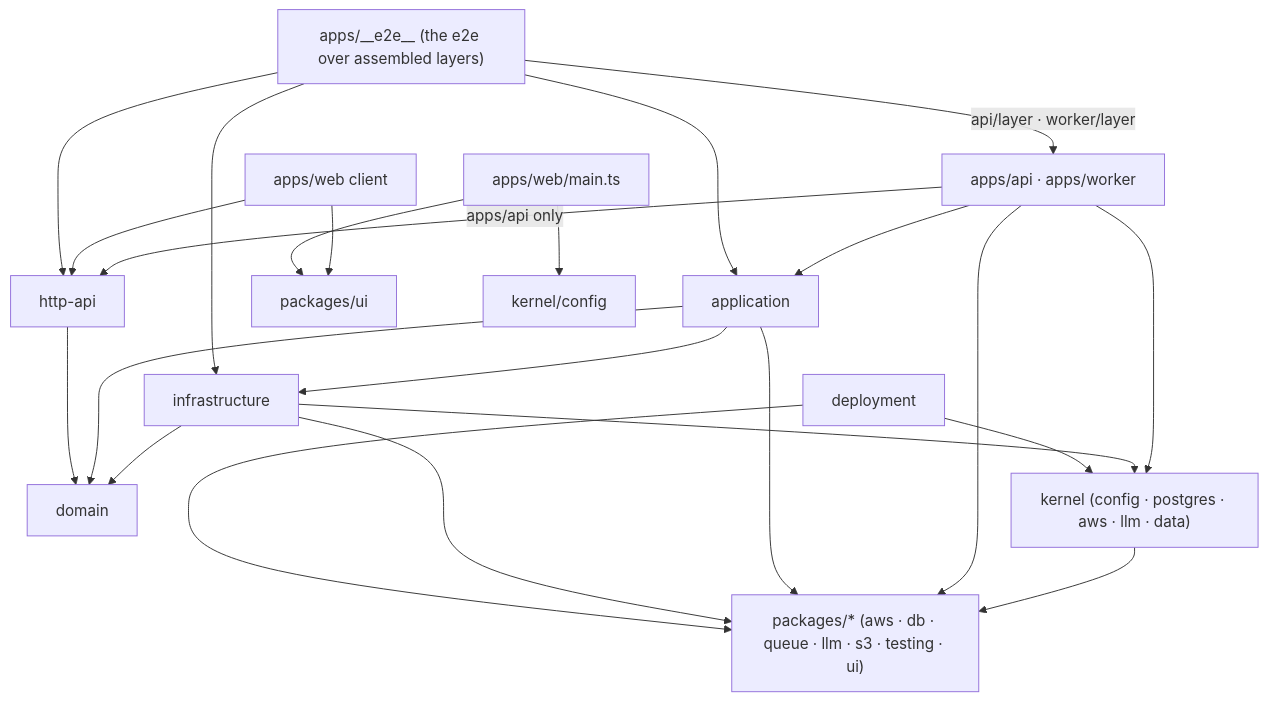
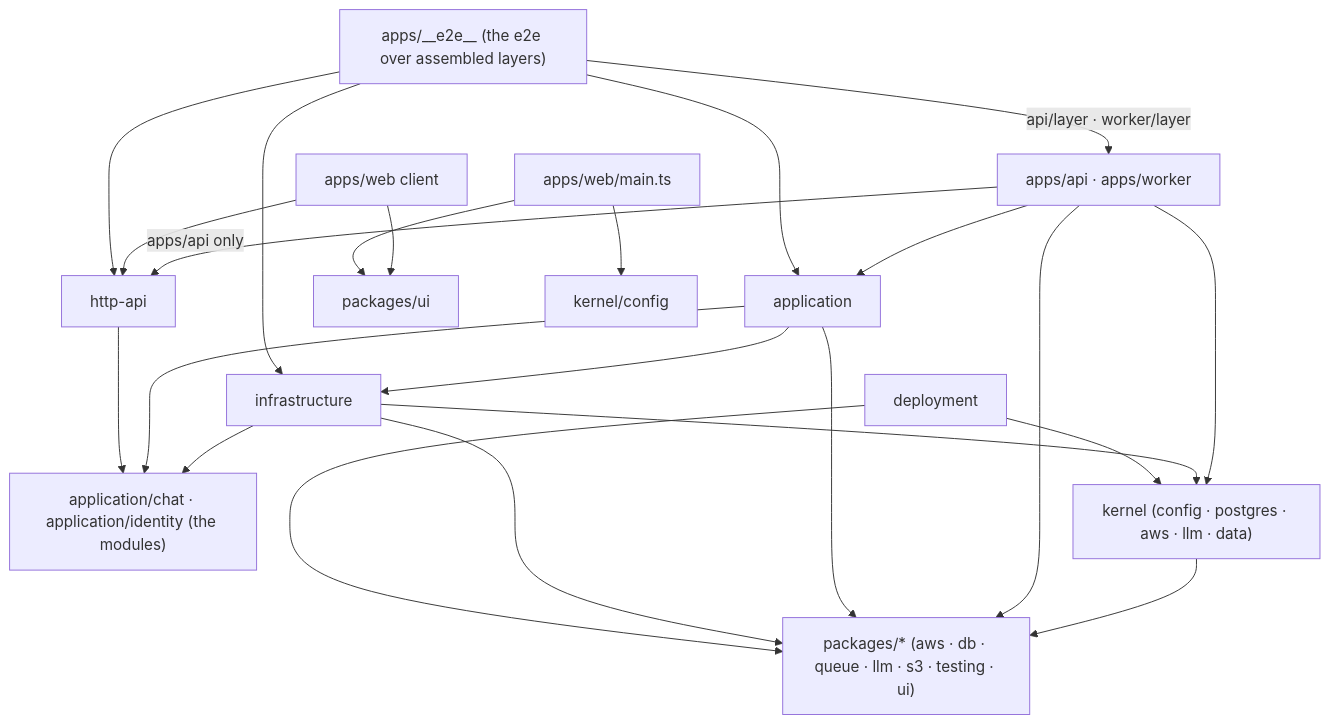
The diagram in docs/knowledge/architecture.md (khotei/app-template), drawn with Mermaid before and after one commit. The commit also changed other lines of this file and 138 other files, not shown here.

````diff
--- a/docs/knowledge/architecture.md
+++ b/docs/knowledge/architecture.md
@@ -12,25 +12,25 @@
 ```mermaid
 graph TD
   apps["apps/api · apps/worker"] --> application
   application --> infrastructure
-  infrastructure --> domain
-  application --> domain
+  infrastructure --> modules
+  application --> modules
   apps -->|"apps/api only"| httpApi["http-api"]
-  httpApi --> domain
+  httpApi --> modules["application/chat · application/identity (the modules)"]
   apps --> kernel["kernel (config · postgres · aws · llm · data)"]
   infrastructure --> kernel
   kernel --> packages
   apps --> packages["packages/* (aws · db · queue · llm · s3 · testing · ui)"]
   application --> packages
   infrastructure --> packages
   web["apps/web client"] --> httpApi
   web --> ui["packages/ui"]
   webMain["apps/web/main.ts"] --> ui
   webMain --> config["kernel/config"]
   deployment --> kernel
   deployment --> packages
   e2e["apps/__e2e__ (the e2e over assembled layers)"] -->|"api/layer · worker/layer"| apps
   e2e --> httpApi
   e2e --> application
   e2e --> infrastructure
 ```
````
